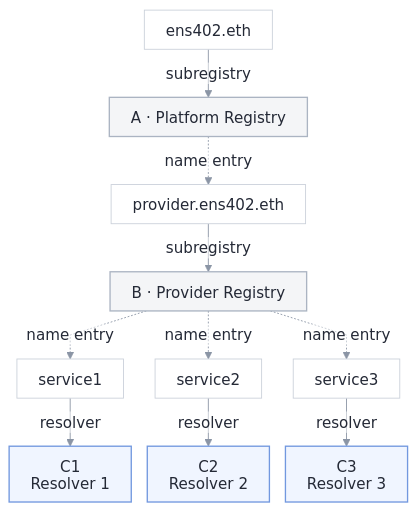
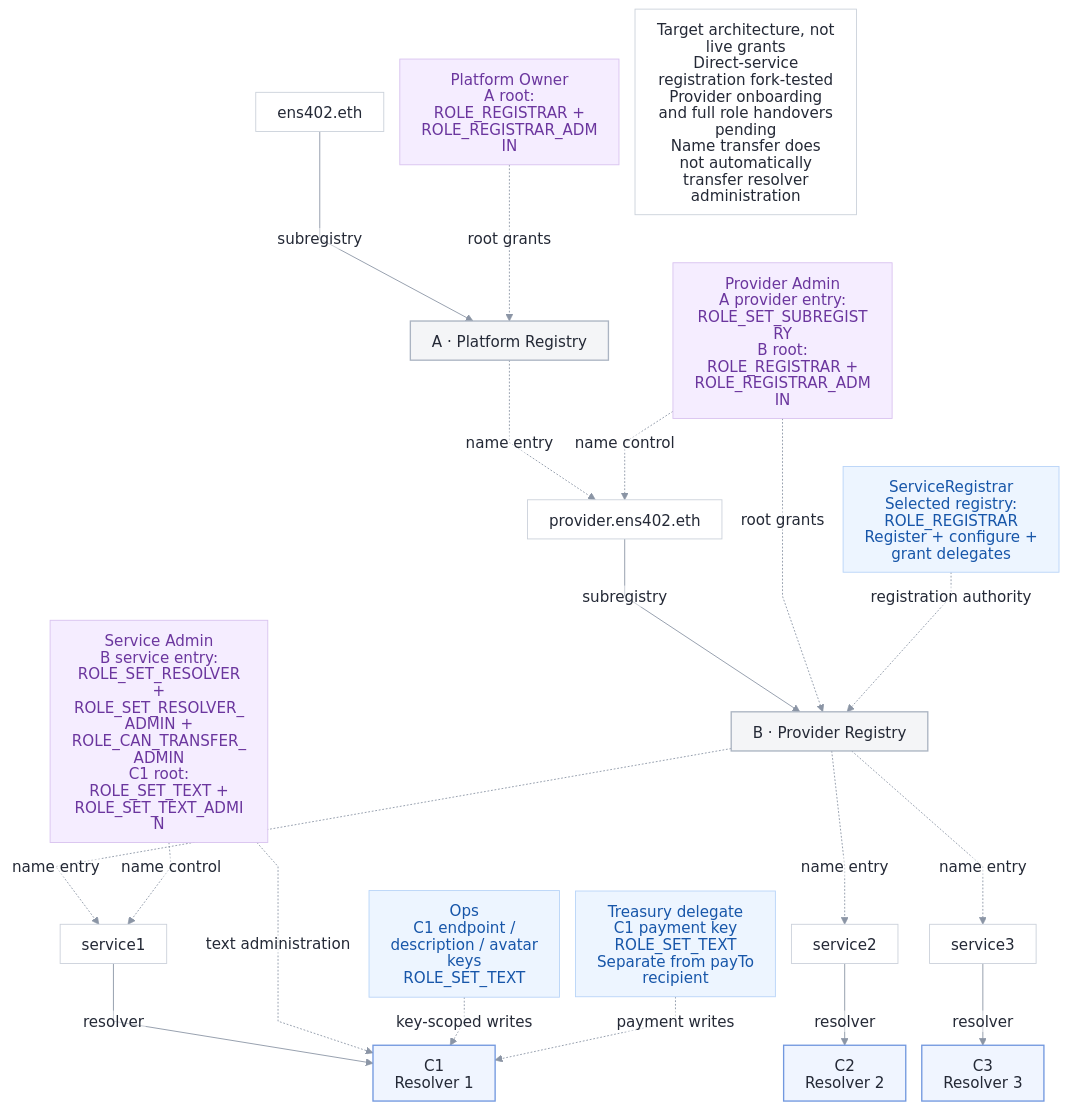
The diagram in apps/web/public/diagrams/ens402-contracts.mmd (kevinsslin/ens402), drawn with Mermaid before and after one commit. The commit also changed 2 other files, not shown here.

Commit message:
Clarify EAC role scopes and registration lifecycle in architecture diagram

```diff
--- a/apps/web/public/diagrams/ens402-contracts.mmd
+++ b/apps/web/public/diagrams/ens402-contracts.mmd
@@ -1,45 +1,64 @@
 ---
 config:
   htmlLabels: false
   theme: base
   fontFamily: Arial, sans-serif
   themeCSS: "text { font-family: Arial, sans-serif; }"
   themeVariables:
     fontFamily: 'Inter, Arial, sans-serif'
     fontSize: 17px
     primaryColor: '#ffffff'
     primaryTextColor: '#242936'
     primaryBorderColor: '#cbd1da'
     lineColor: '#8b95a5'
     edgeLabelBackground: '#ffffff'
   flowchart:
     htmlLabels: false
     curve: linear
     nodeSpacing: 18
     rankSpacing: 30
     padding: 12
 ---
 flowchart TB
   accTitle: ENS402 namespace and contract tree
   accDescr: ens402.eth points to Platform Registry A. Its provider name points to Provider Registry B. Three service names each point to a separate resolver C1, C2 or C3. Each resolver stores an API URL, payment settings and status. Wallet permissions are listed separately below the diagram.
   parent["ens402.eth"]
   platform["A · Platform Registry"]
   provider["provider.ens402.eth"]
   registry["B · Provider Registry"]
   s1["service1"]
   s2["service2"]
   s3["service3"]
   r1["C1<br/>Resolver 1"]
   r2["C2<br/>Resolver 2"]
   r3["C3<br/>Resolver 3"]
   parent -->|subregistry| platform
   platform -.->|name entry| provider
   provider -->|subregistry| registry
   registry -.->|name entry| s1 & s2 & s3
   s1 -->|resolver| r1
   s2 -->|resolver| r2
   s3 -->|resolver| r3
   classDef registry fill:#f4f5f7,stroke:#abb4c2,stroke-width:1.5px
   classDef resolver fill:#f0f5ff,stroke:#7298df,stroke-width:1.5px
   class platform,registry registry
   class r1,r2,r3 resolver
+  platformOwner["Platform Owner<br/>A root: ROLE_REGISTRAR + ROLE_REGISTRAR_ADMIN"]
+  providerAdmin["Provider Admin<br/>A provider entry: ROLE_SET_SUBREGISTRY<br/>B root: ROLE_REGISTRAR + ROLE_REGISTRAR_ADMIN"]
+  serviceAdmin["Service Admin<br/>B service entry: ROLE_SET_RESOLVER + ROLE_SET_RESOLVER_ADMIN + ROLE_CAN_TRANSFER_ADMIN<br/>C1 root: ROLE_SET_TEXT + ROLE_SET_TEXT_ADMIN"]
+  ops["Ops<br/>C1 endpoint / description / avatar keys<br/>ROLE_SET_TEXT"]
+  treasury["Treasury delegate<br/>C1 payment key<br/>ROLE_SET_TEXT<br/>Separate from payTo recipient"]
+  registrar["ServiceRegistrar<br/>Selected registry: ROLE_REGISTRAR<br/>Register + configure + grant delegates"]
+  platformOwner -.->|root grants| platform
+  providerAdmin -.->|name control| provider
+  providerAdmin -.->|root grants| registry
+  serviceAdmin -.->|name control| s1
+  serviceAdmin -.->|text administration| r1
+  ops -.->|key-scoped writes| r1
+  treasury -.->|payment writes| r1
+  registrar -.->|registration authority| registry
+  status["Target architecture, not live grants<br/>Direct-service registration fork-tested<br/>Provider onboarding and full role handovers pending<br/>Name transfer does not automatically transfer resolver administration"]
+  classDef wallet fill:#f5edff,stroke:#d8c2ef,color:#6b369e
+  classDef delegate fill:#edf5ff,stroke:#b8d4f8,color:#1756a9
+  class platformOwner,providerAdmin,serviceAdmin wallet
+  class ops,treasury,registrar delegate
```
